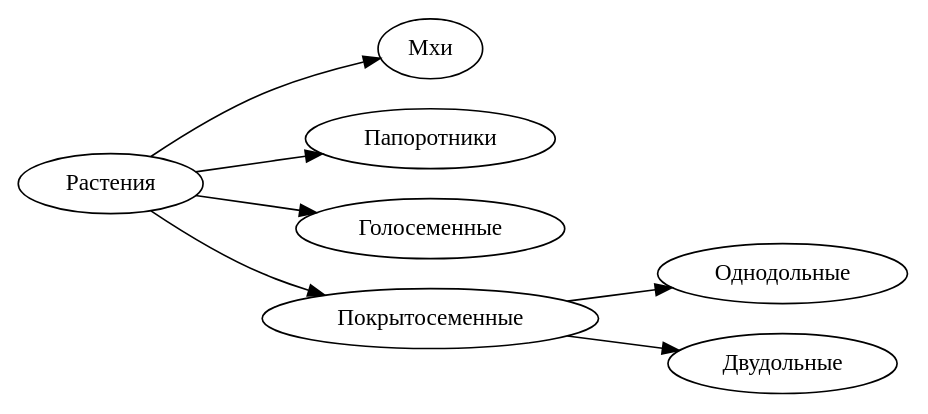
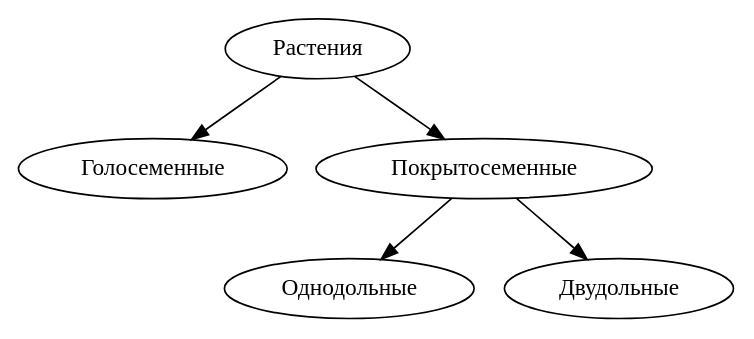
The fifth of 10 diagrams in examples/documents/14-graphs.md (kscht/spiridus-docs), drawn with Graphviz before and after one commit. The commit also changed other lines of this file and 56 other files, not shown here.

````diff
--- a/examples/documents/14-graphs.md
+++ b/examples/documents/14-graphs.md
@@ -58,8 +66,8 @@
 ```dot
 digraph {
-  rankdir=LR
+  rankdir=TB
   node [shape=ellipse]
-  Растения -> {Мхи; Папоротники; Голосеменные; Покрытосеменные}
+  Растения -> {Голосеменные; Покрытосеменные}
   Покрытосеменные -> {Однодольные; Двудольные}
 }
 ```
````
